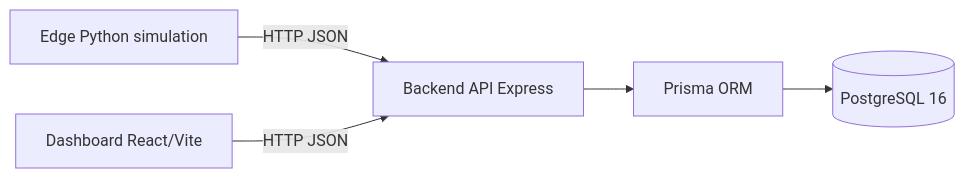
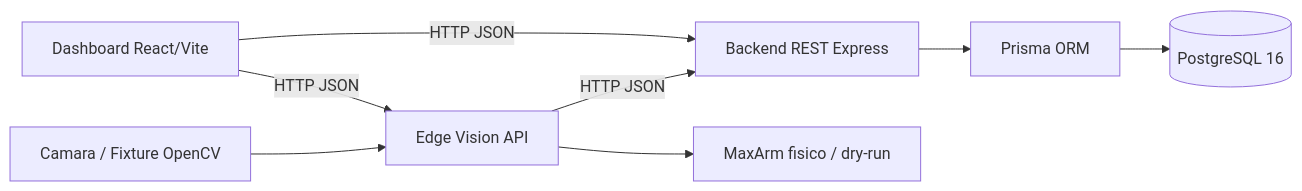
The diagram in readme.md (LIDR-academy/AI4Devs-finalproject), drawn with Mermaid before and after one commit. The commit also changed other lines of this file and 4 other files, not shown here.

````diff
--- a/readme.md
+++ b/readme.md
@@ -46,7 +48,10 @@
 ```mermaid
 flowchart LR
-    Edge[Edge Python simulation] -->|HTTP JSON| Backend[Backend API Express]
+    Camera[Camara / Fixture OpenCV] --> Edge[Edge Vision API]
+    Edge -->|HTTP JSON| Backend[Backend REST Express]
     Frontend[Dashboard React/Vite] -->|HTTP JSON| Backend
+    Frontend -->|HTTP JSON| Edge
     Backend --> Prisma[Prisma ORM]
     Prisma --> DB[(PostgreSQL 16)]
+    Edge --> MaxArm[MaxArm fisico / dry-run]
 ```
````
